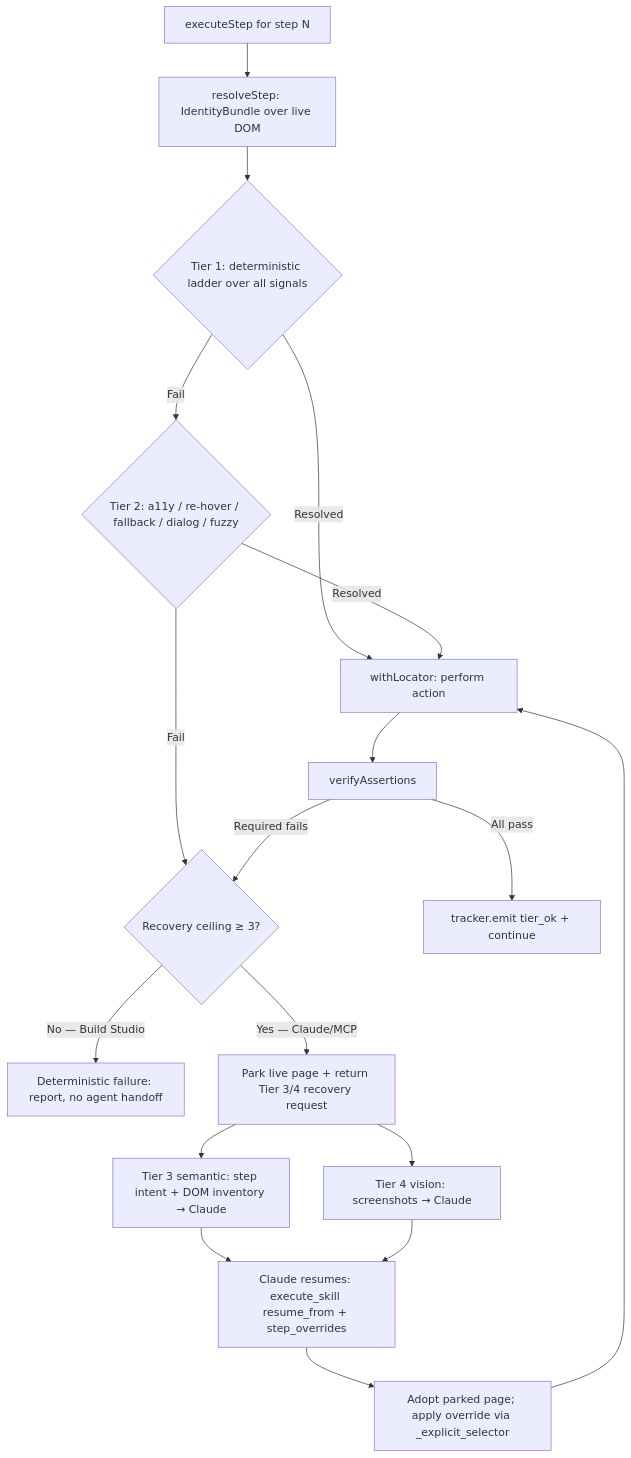
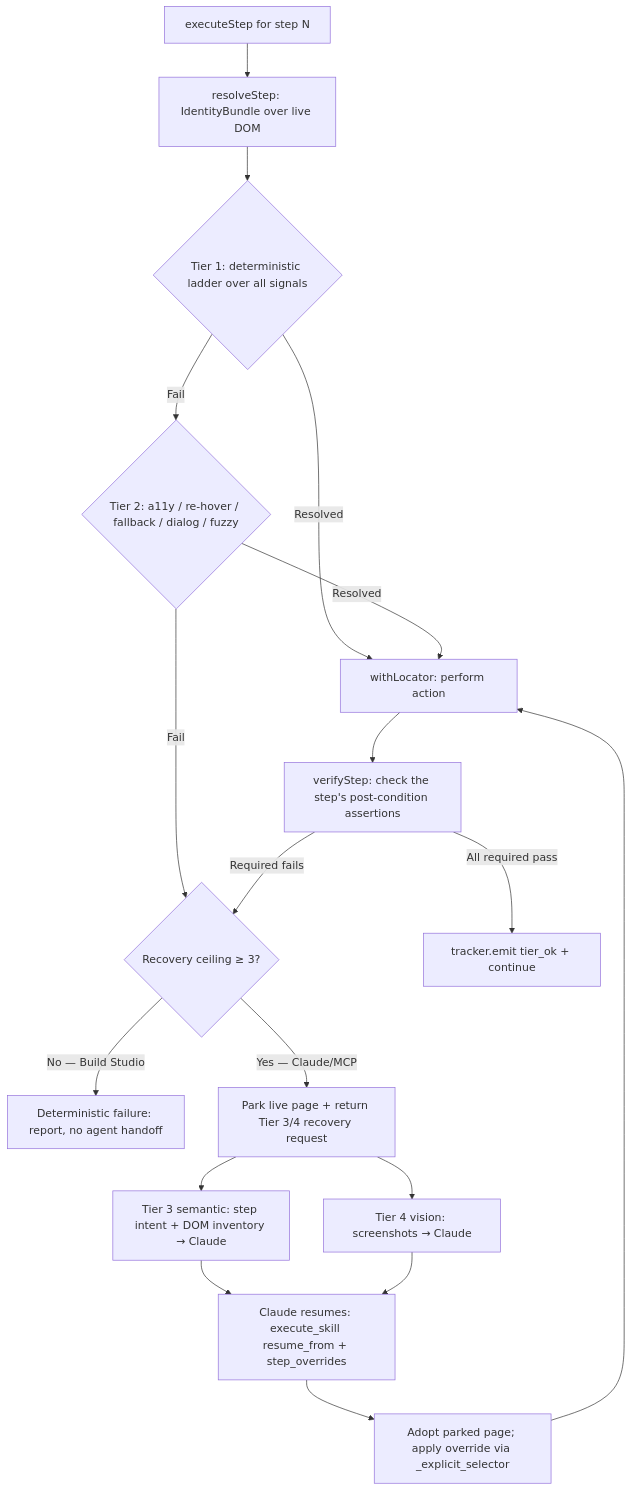
One commit to Cannonbold2412/CONXA changed diagram 13 of 17 in docs/App-Flow.md. Above: the diagram before and after it, drawn with Mermaid. The commit also changed other lines of this file and 6 other files, not shown here.

````diff
--- a/docs/App-Flow.md
+++ b/docs/App-Flow.md
@@ -410,20 +420,20 @@
 ```mermaid
 flowchart TD
     A[executeStep for step N] --> B[resolveStep: IdentityBundle over live DOM]
     B --> C{Tier 1: deterministic ladder over all signals}
     C -->|Resolved| D[withLocator: perform action]
     C -->|Fail| E{Tier 2: a11y / re-hover / fallback / dialog / fuzzy}
     E -->|Resolved| D
     E -->|Fail| F{Recovery ceiling ≥ 3?}
     F -->|No — Build Studio| N[Deterministic failure: report, no agent handoff]
     F -->|Yes — Claude/MCP| G[Park live page + return Tier 3/4 recovery request]
     G --> H[Tier 3 semantic: step intent + DOM inventory → Claude]
     G --> I[Tier 4 vision: screenshots → Claude]
     H --> J[Claude resumes: execute_skill resume_from + step_overrides]
     I --> J
     J --> K[Adopt parked page; apply override via _explicit_selector]
     K --> D
-    D --> L[verifyAssertions]
-    L -->|All pass| M[tracker.emit tier_ok + continue]
+    D --> L[verifyStep: check the step's post-condition assertions]
+    L -->|All required pass| M[tracker.emit tier_ok + continue]
     L -->|Required fails| F
 ```
````
